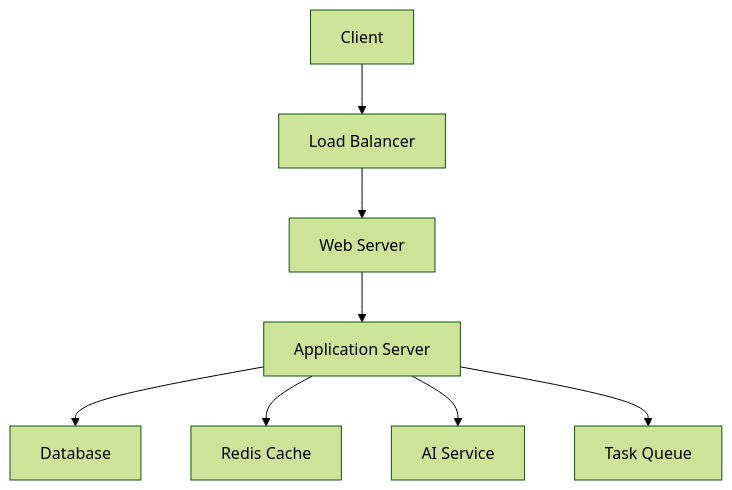
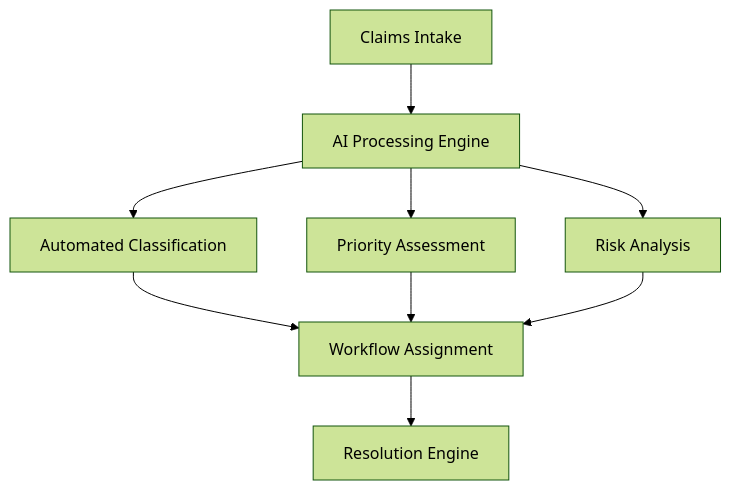
Before and after one commit to Gonna-AI/.github: the first of 2 diagrams in profile/README.md, drawn with Mermaid (forest theme). The commit also changed other lines of this file, not shown here.

````diff
--- a/profile/README.md
+++ b/profile/README.md
@@ -166,10 +37,11 @@
 ```mermaid
 graph TD
-    A[Client] --> B[Load Balancer]
-    B --> C[Web Server]
-    C --> D[Application Server]
-    D --> E[Database]
-    D --> F[Redis Cache]
-    D --> G[AI Service]
-    D --> H[Task Queue]
+    A[Claims Intake] --> B[AI Processing Engine]
+    B --> C[Automated Classification]
+    B --> D[Priority Assessment]
+    B --> E[Risk Analysis]
+    C --> F[Workflow Assignment]
+    D --> F
+    E --> F
+    F --> G[Resolution Engine]
 ```
````
